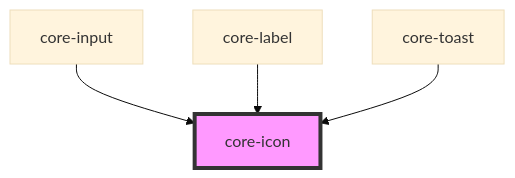
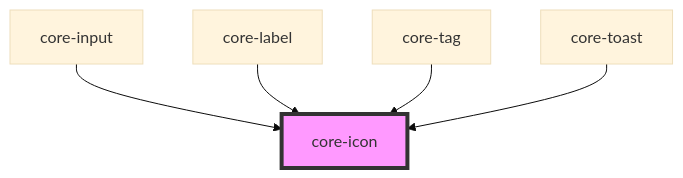
One commit to iFixit/core-design changed the diagram in packages/components/src/components/core-icon/readme.md. Above: the diagram before and after it, drawn with Mermaid (base theme). The commit also changed other lines of this file and 126 other files, not shown here.

````diff
--- a/packages/components/src/components/core-icon/readme.md
+++ b/packages/components/src/components/core-icon/readme.md
@@ -28,7 +29,8 @@
 ```mermaid
 graph TD;
   core-input --> core-icon
   core-label --> core-icon
+  core-tag --> core-icon
   core-toast --> core-icon
   style core-icon fill:#f9f,stroke:#333,stroke-width:4px
 ```
````
